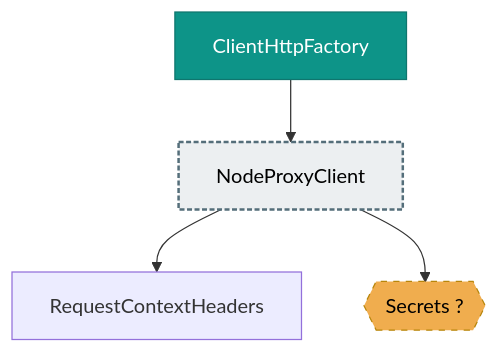
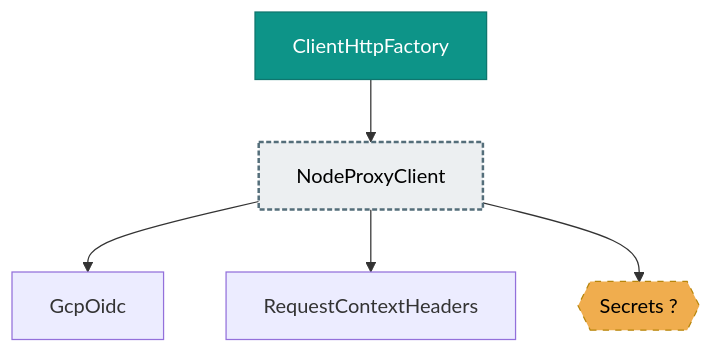
One commit to deanhiller/webpieces-ts changed the diagram in packages/http/http-client-node/design.md. Above: the diagram before and after it, drawn with Mermaid. The commit also changed 15 other files, not shown here.

First line of the commit message:
gcp-identity: wrap OIDC mint/verify in an injectable GcpOidc class (#367)

````diff
--- a/packages/http/http-client-node/design.md
+++ b/packages/http/http-client-node/design.md
@@ -13,17 +13,19 @@
 ```mermaid
 graph TD
     ClientHttpFactory["ClientHttpFactory"]:::apiImpl
+    GcpOidc["GcpOidc"]
     NodeProxyClient["NodeProxyClient"]:::many
     RequestContextHeaders["RequestContextHeaders"]
     Secrets{{"Secrets ?"}}:::unresolved
     ClientHttpFactory --> NodeProxyClient
+    NodeProxyClient --> GcpOidc
     NodeProxyClient --> RequestContextHeaders
     NodeProxyClient --> Secrets
     classDef controller fill:#1f6feb,color:#ffffff,stroke:#0d419d
     classDef apiImpl fill:#0d9488,color:#ffffff,stroke:#0f766e
     classDef component fill:#2da44e,color:#ffffff,stroke:#1a7f37
     classDef unresolved fill:#f0ad4e,color:#000000,stroke:#b8860b,stroke-dasharray: 5 5
     classDef external fill:#b39ddb,color:#000000,stroke:#5e35b1,stroke-width:3px
     classDef api fill:#4fc3f7,color:#000000,stroke:#0277bd,stroke-width:3px
     classDef many fill:#eceff1,color:#000000,stroke:#546e7a,stroke-width:2px,stroke-dasharray: 4 2
 ```
````
